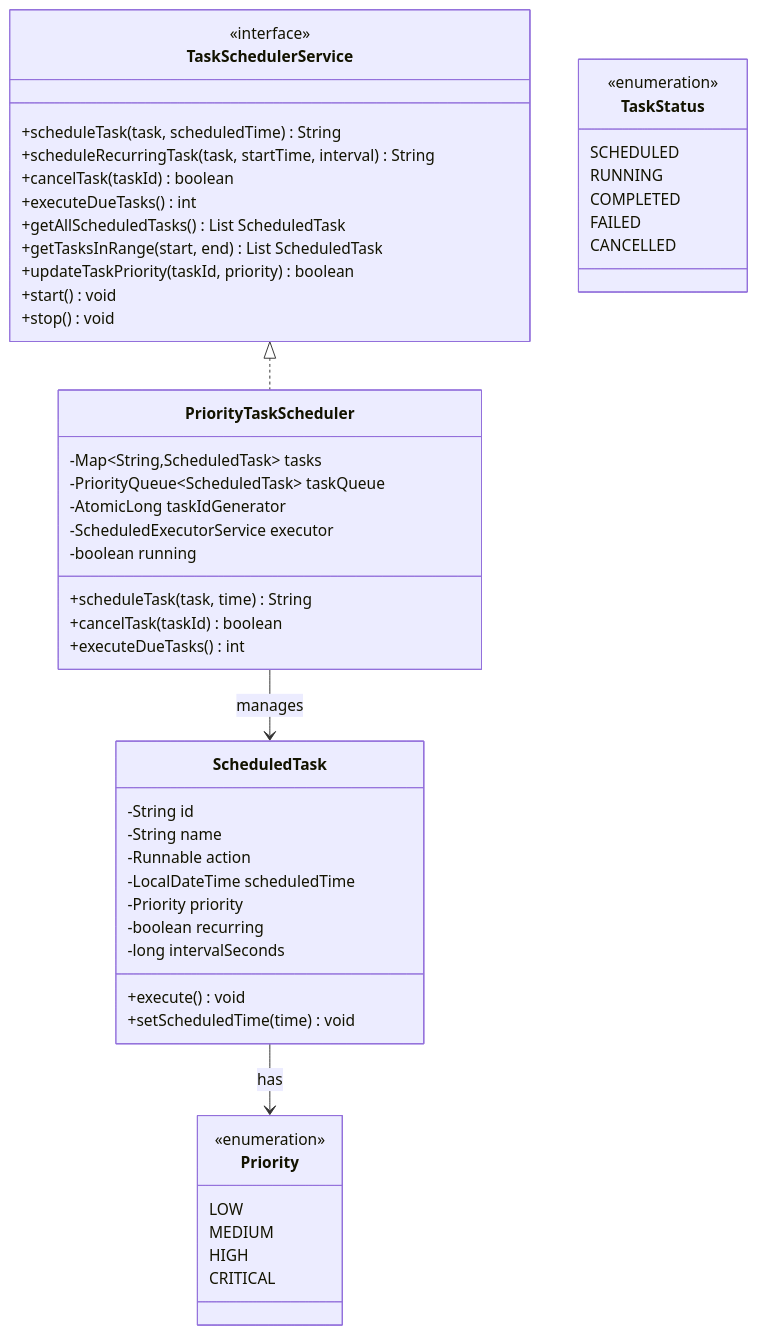
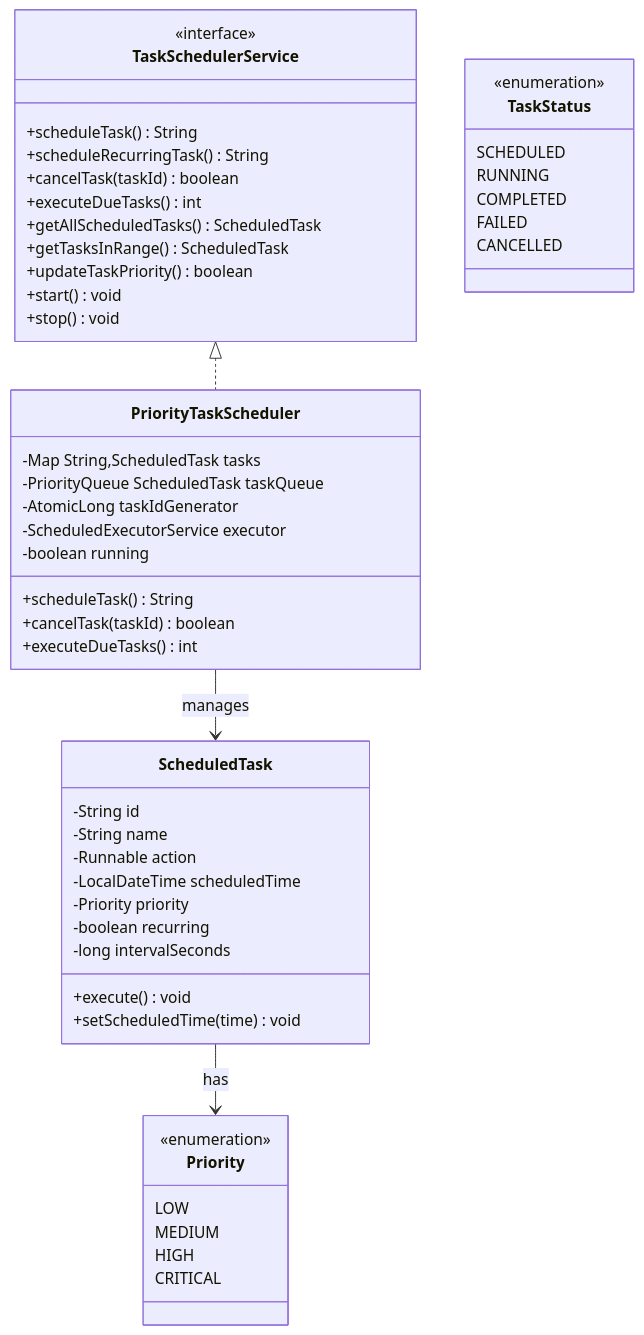
Before and after one commit to dlkr18/lld-playbook: the diagram in docs/problems/taskscheduler/README.md, drawn with Mermaid. The commit also changed 29 other files, not shown here.

First line of the commit message:
Fix Mermaid rendering: downgrade to v9, aggressive classDiagram sanitization.

````diff
--- a/docs/problems/taskscheduler/README.md
+++ b/docs/problems/taskscheduler/README.md
@@ -85,59 +85,59 @@
 ```mermaid
 classDiagram
     class TaskSchedulerService {
         <<interface>>
-        +scheduleTask(task, scheduledTime) String
-        +scheduleRecurringTask(task, startTime, interval) String
+        +scheduleTask() String
+        +scheduleRecurringTask() String
         +cancelTask(taskId) boolean
         +executeDueTasks() int
-        +getAllScheduledTasks() List ScheduledTask
-        +getTasksInRange(start, end) List ScheduledTask
-        +updateTaskPriority(taskId, priority) boolean
+        +getAllScheduledTasks() ScheduledTask
+        +getTasksInRange() ScheduledTask
+        +updateTaskPriority() boolean
         +start() void
         +stop() void
     }
 
     class PriorityTaskScheduler {
-        -Map~String,ScheduledTask~ tasks
-        -PriorityQueue~ScheduledTask~ taskQueue
+        -Map String,ScheduledTask tasks
+        -PriorityQueue ScheduledTask taskQueue
         -AtomicLong taskIdGenerator
         -ScheduledExecutorService executor
         -boolean running
-        +scheduleTask(task, time) String
+        +scheduleTask() String
         +cancelTask(taskId) boolean
         +executeDueTasks() int
     }
 
     class ScheduledTask {
         -String id
         -String name
         -Runnable action
         -LocalDateTime scheduledTime
         -Priority priority
         -boolean recurring
         -long intervalSeconds
         +execute() void
         +setScheduledTime(time) void
     }
 
     class Priority {
         <<enumeration>>
         LOW
         MEDIUM
         HIGH
         CRITICAL
     }
 
     class TaskStatus {
         <<enumeration>>
         SCHEDULED
         RUNNING
         COMPLETED
         FAILED
         CANCELLED
     }
 
     TaskSchedulerService <|.. PriorityTaskScheduler
     PriorityTaskScheduler --> ScheduledTask : manages
     ScheduledTask --> Priority : has
 ```
````
